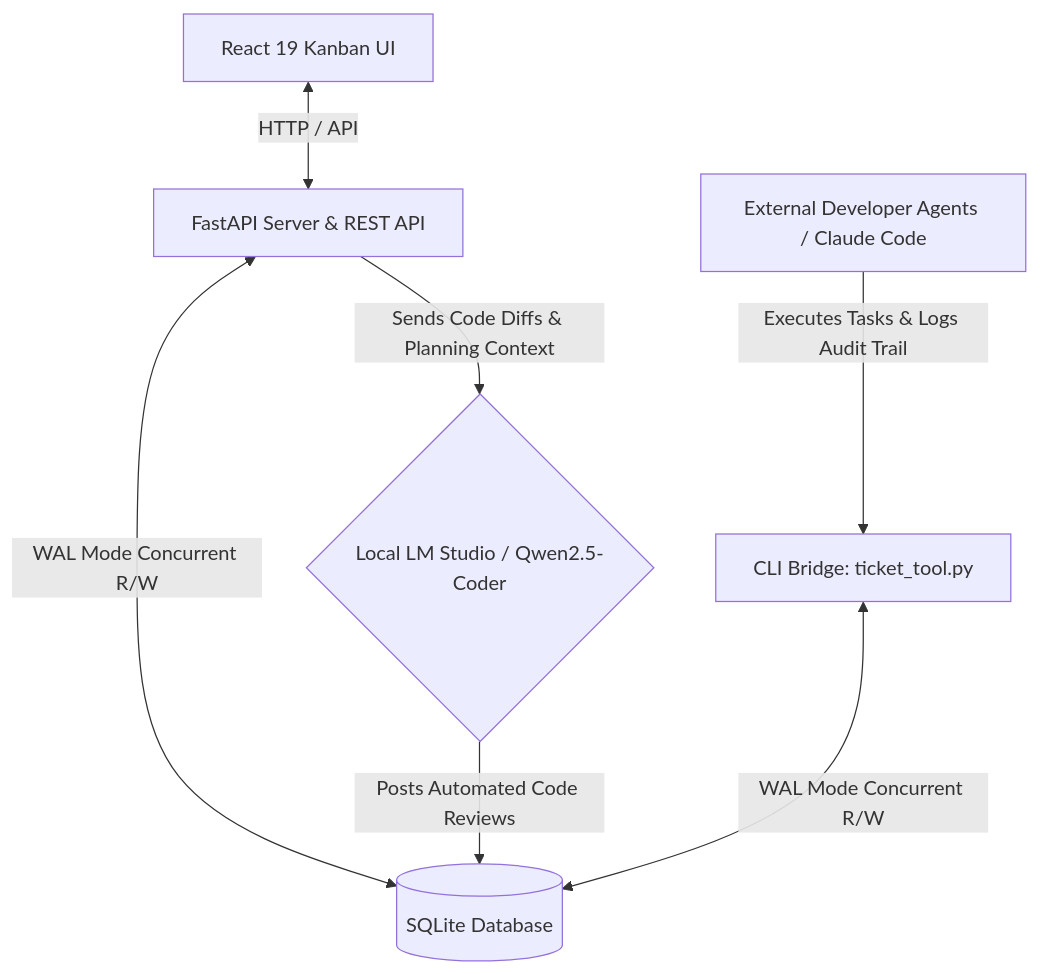
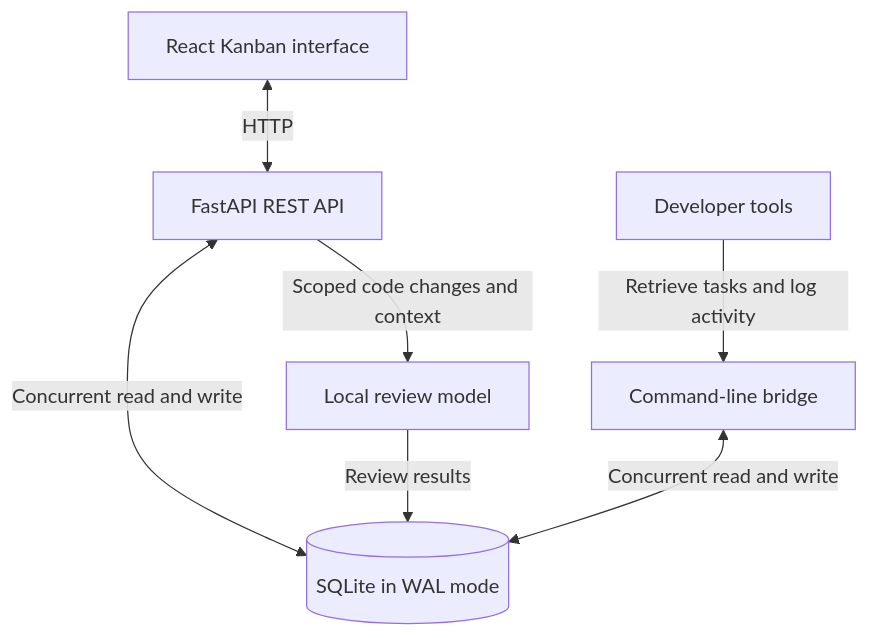
The diagram in README.md (alexisbailon1/alexisbailon1), drawn with Mermaid before and after one commit. The commit also changed other lines of this file, not shown here.

````diff
--- a/README.md
+++ b/README.md
@@ -22,10 +47,9 @@
 ```mermaid
 graph TD
-        API[FastAPI Server & REST API] <-->|WAL Mode Concurrent R/W| DB[(SQLite Database)]
-        CLI[CLI Bridge: ticket_tool.py] <-->|WAL Mode Concurrent R/W| DB
-
-    UI[React 19 Kanban UI] <-->|HTTP / API| API
-    Agent[External Developer Agents / Claude Code] -->|Executes Tasks & Logs Audit Trail| CLI
-    API -->|Sends Code Diffs & Planning Context| LLM{Local LM Studio / Qwen2.5-Coder}
-    LLM -->|Posts Automated Code Reviews| DB
+    API[FastAPI REST API] <-->|Concurrent read and write| DB[(SQLite in WAL mode)]
+    CLI[Command-line bridge] <-->|Concurrent read and write| DB
+    UI[React Kanban interface] <-->|HTTP| API
+    Tools[Developer tools] -->|Retrieve tasks and log activity| CLI
+    API -->|Scoped code changes and context| Review[Local review model]
+    Review -->|Review results| DB
 ```
````
